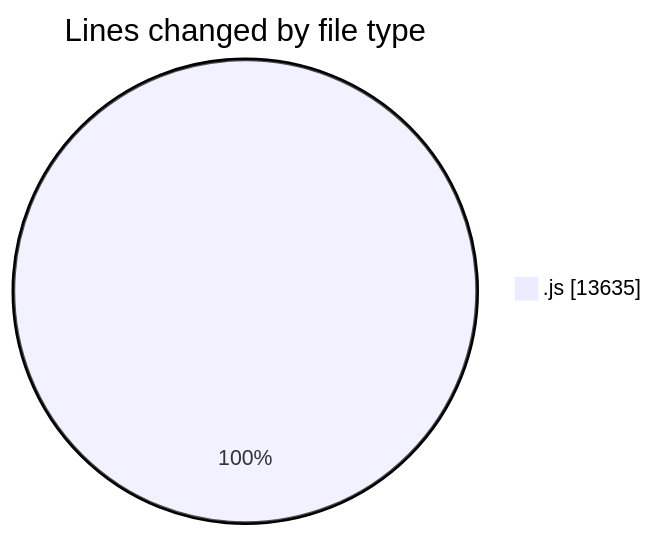
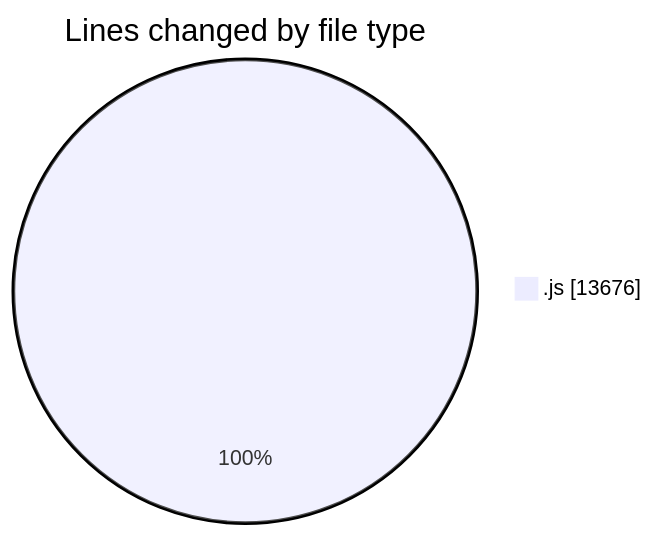
The first of 2 diagrams in 2025-12-09/nxtqube_webapp/README.md (nxtqubesakshisongat/code-tracking), drawn with Mermaid before and after one commit. The commit also changed other lines of this file and 1 other file, not shown here.

````diff
--- a/2025-12-09/nxtqube_webapp/README.md
+++ b/2025-12-09/nxtqube_webapp/README.md
@@ -20,5 +20,5 @@
 ```mermaid
 pie showData
 title Lines changed by file type
-".js" : 13635
+".js" : 13676
 ```
````
